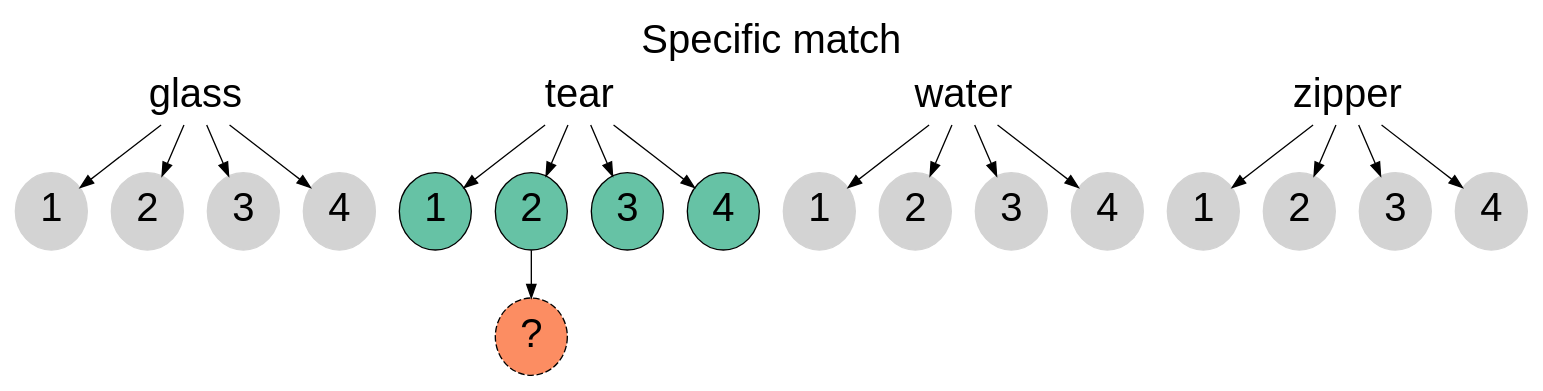
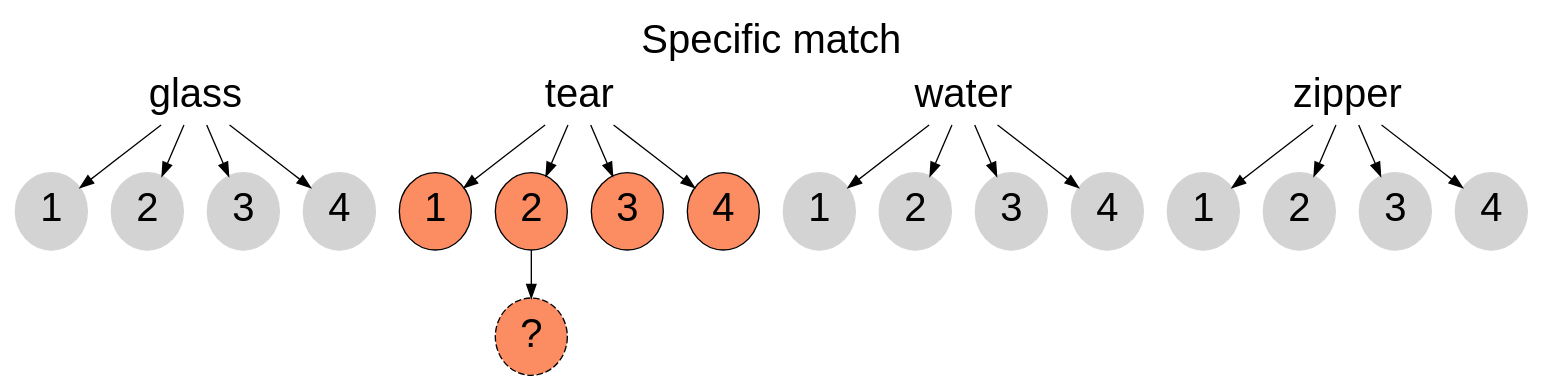
Before and after one commit to lupyanlab/words-in-transition: the diagram in wordsintransition/inst/extdata/specific-match.gv, drawn with Graphviz. The commit also changed 2 other files, not shown here.

Commit message:
Change colors to match figure

```diff
--- a/wordsintransition/inst/extdata/specific-match.gv
+++ b/wordsintransition/inst/extdata/specific-match.gv
@@ -1,47 +1,47 @@
 digraph {
   labelloc="t";
   label="Specific match";
 
   graph[fontname="helvetica", fontsize=30];
   node[fontname="helvetica", fontsize=30];
 
   glass[shape="none"];
   tear[shape="none"];
   water[shape="none"];
   zipper[shape="none"];
 
   glass -> {glass1, glass2, glass3, glass4};
   tear -> {tear1, tear2, tear3, tear4};
   water -> {water1, water2, water3, water4};
   zipper -> {zipper1, zipper2, zipper3, zipper4};
 
-  tear2[style="filled", fillcolor="#66C2A5"];
-  tear3[style="filled", fillcolor="#66C2A5"];
-  tear1[style="filled", fillcolor="#66C2A5"];
-  tear4[style="filled", fillcolor="#66C2A5"];
+  tear2[style="filled", fillcolor="#FC8D62"];
+  tear3[style="filled", fillcolor="#FC8D62"];
+  tear1[style="filled", fillcolor="#FC8D62"];
+  tear4[style="filled", fillcolor="#FC8D62"];
 
   glass1[label="1"];
   glass2[label="2"];
   glass3[label="3"];
   glass4[label="4"];
 
   tear1[label="1"];
   tear2[label="2"];
   tear3[label="3"];
   tear4[label="4"];
 
   water1[label="1"];
   water2[label="2"];
   water3[label="3"];
   water4[label="4"];
 
   zipper1[label="1"];
   zipper2[label="2"];
   zipper3[label="3"];
   zipper4[label="4"];
 
   glass1, glass2, glass3, glass4, water1, water2, water3, water4, zipper1, zipper2, zipper3, zipper4[style="filled", color="lightgray", fill="lightgray"];
 
   tear2 -> gen1;
   gen1[label="?", style="filled, dashed", fillcolor="#FC8D62"];
 }
```
